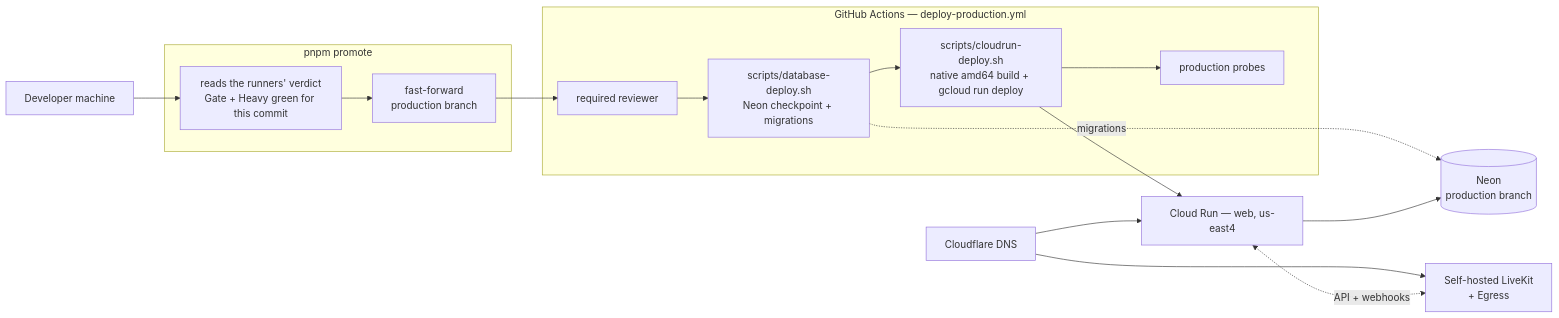
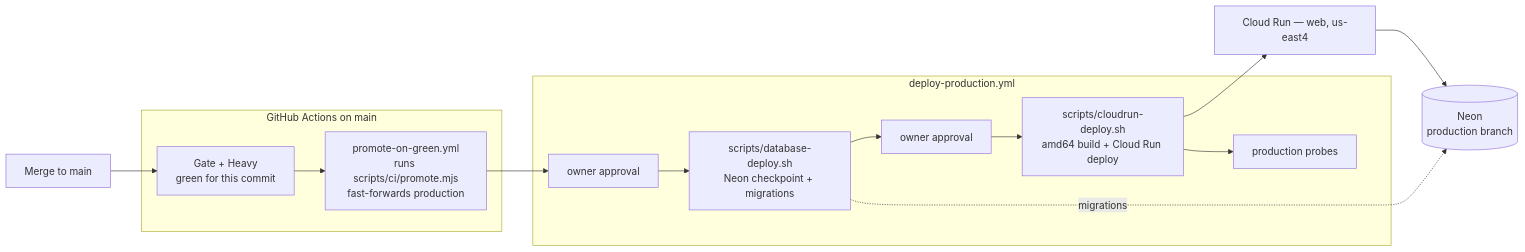
The second of 2 diagrams in README.md (jaystewartuk/spiralclass), drawn with Mermaid before and after one commit. The commit also changed other lines of this file and 4 other files, not shown here.

````diff
--- a/README.md
+++ b/README.md
@@ -561,26 +454,22 @@
 ```mermaid
 graph LR
-    DEV["Developer machine"]
-    subgraph gate["pnpm promote"]
-        G["reads the runners' verdict<br/>Gate + Heavy green for this commit"]
-        FF["fast-forward<br/>production branch"]
+    MERGE["Merge to main"]
+    subgraph runners["GitHub Actions on main"]
+        G["Gate + Heavy<br/>green for this commit"]
+        PROMOTE["promote-on-green.yml<br/>runs scripts/ci/promote.mjs<br/>fast-forwards production"]
     end
-    subgraph gha["GitHub Actions — deploy-production.yml"]
-        APPROVE["required reviewer"]
+    subgraph deploy["deploy-production.yml"]
+        A1["owner approval"]
         DB["scripts/database-deploy.sh<br/>Neon checkpoint + migrations"]
-        BUILD["scripts/cloudrun-deploy.sh<br/>native amd64 build + gcloud run deploy"]
+        A2["owner approval"]
+        BUILD["scripts/cloudrun-deploy.sh<br/>amd64 build + Cloud Run deploy"]
         PROBE["production probes"]
     end
     RUN["Cloud Run — web, us-east4"]
     NEON[("Neon<br/>production branch")]
-    CF["Cloudflare DNS"]
-    LKBOX["Self-hosted LiveKit<br/>+ Egress"]
 
-    DEV --> G --> FF --> APPROVE --> DB --> BUILD --> RUN
+    MERGE --> G --> PROMOTE --> A1 --> DB --> A2 --> BUILD --> RUN
     BUILD --> PROBE
     DB -.migrations.-> NEON
     RUN --> NEON
-    CF --> RUN
-    CF --> LKBOX
-    RUN <-.->|API + webhooks| LKBOX
 ```
````
